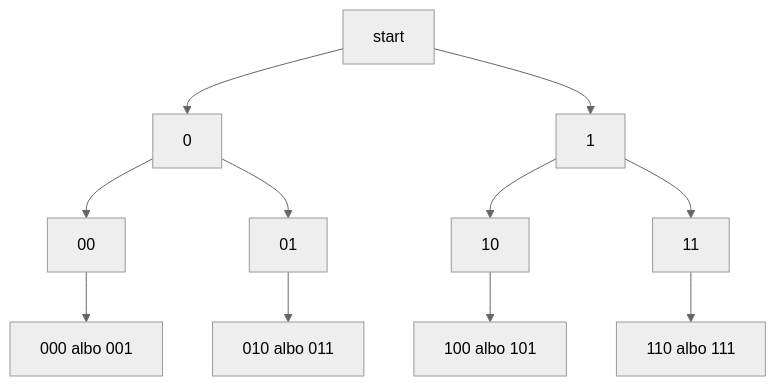
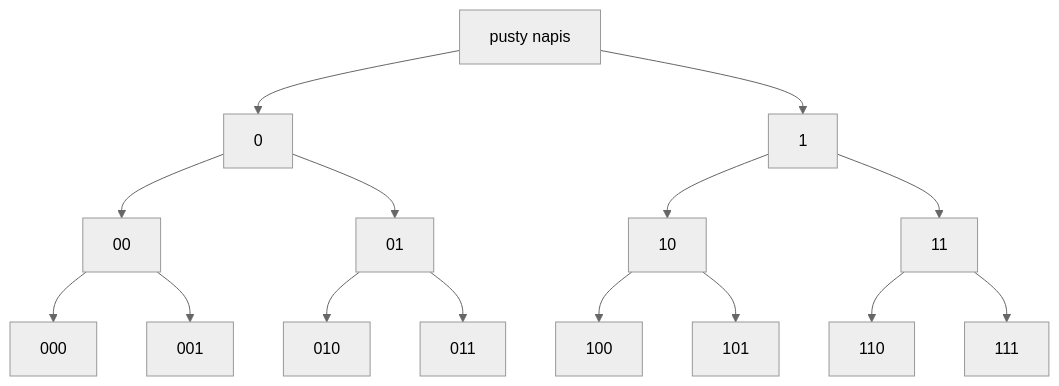
Before and after one commit to mariuszsmolka-stack/cpp-matura-2026: the diagram in docs/16-rekurencja-i-algorytmy-maturalne/08-nawracanie-i-generowanie.md, drawn with Mermaid (neutral theme). The commit also changed other lines of this file and 11 other files, not shown here.

````diff
--- a/docs/16-rekurencja-i-algorytmy-maturalne/08-nawracanie-i-generowanie.md
+++ b/docs/16-rekurencja-i-algorytmy-maturalne/08-nawracanie-i-generowanie.md
@@ -38,13 +89,17 @@
 ```mermaid
 flowchart TD
-    A["start"] --> B["0"]
+    A["pusty napis"] --> B["0"]
     A --> C["1"]
     B --> D["00"]
     B --> E["01"]
     C --> F["10"]
     C --> G["11"]
-    D --> H["000 albo 001"]
-    E --> I["010 albo 011"]
-    F --> J["100 albo 101"]
-    G --> K["110 albo 111"]
+    D --> H["000"]
+    D --> I["001"]
+    E --> J["010"]
+    E --> K["011"]
+    F --> L["100"]
+    F --> M["101"]
+    G --> N["110"]
+    G --> O["111"]
 ```
````
